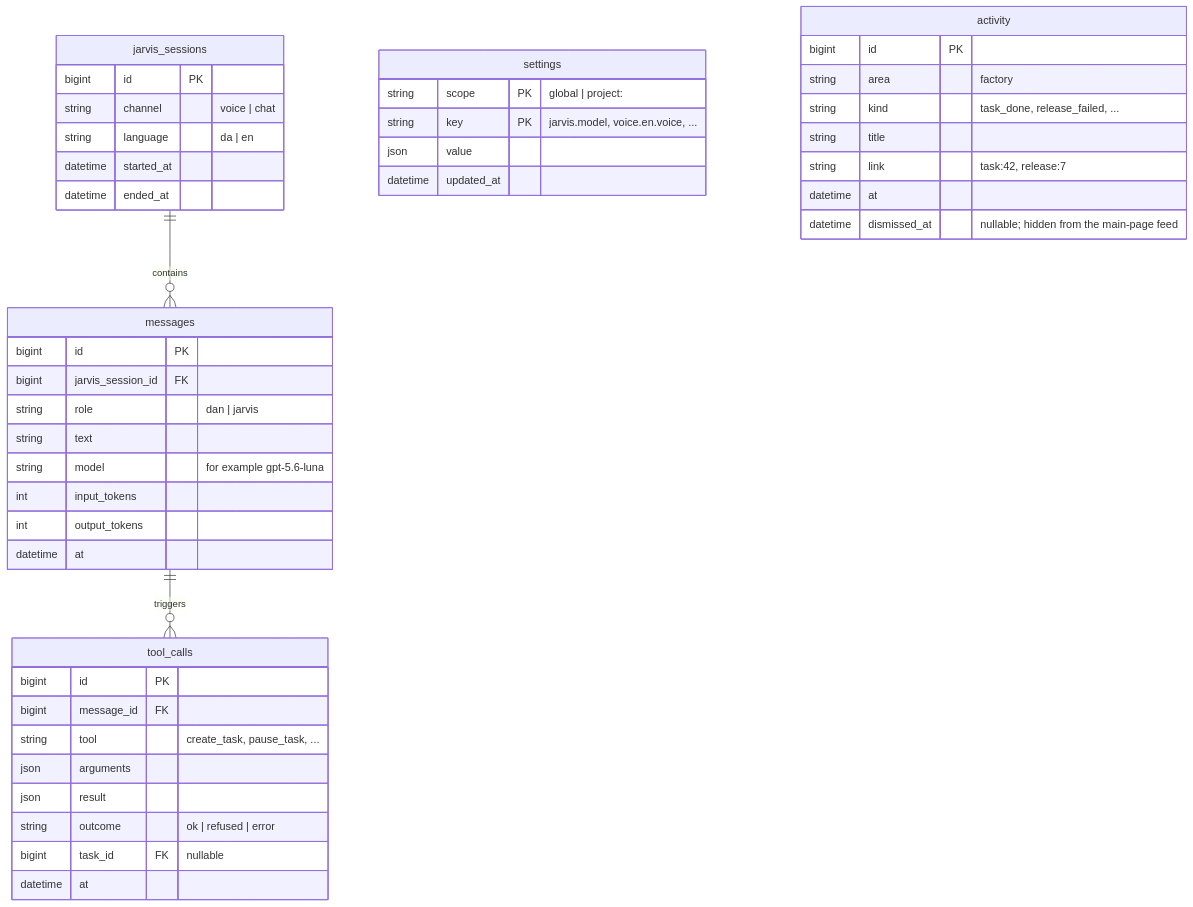
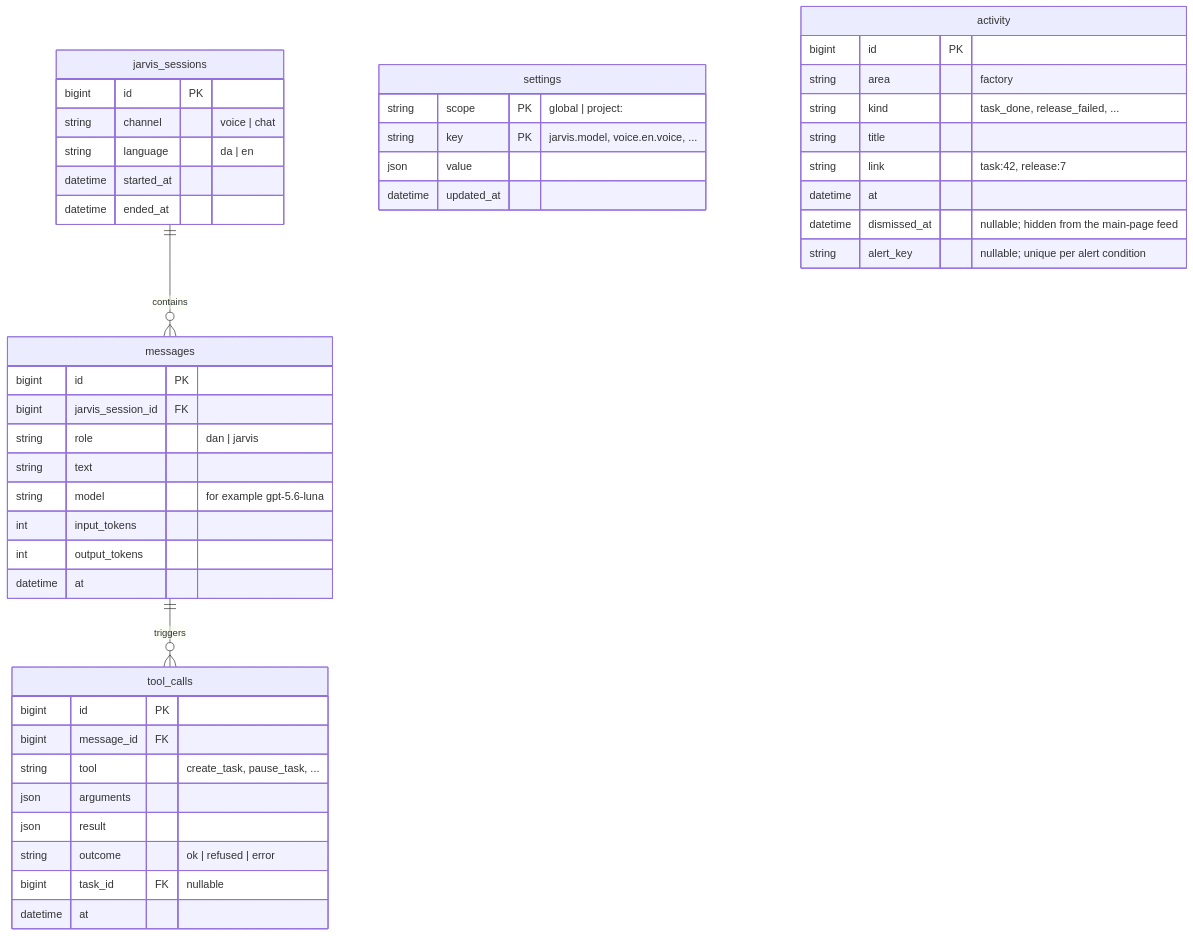
Before and after one commit to DanAakesen/jarvis: the second of 8 diagrams in docs/data-model.md, drawn with Mermaid. The commit also changed other lines of this file and 35 other files, not shown here.

````diff
--- a/docs/data-model.md
+++ b/docs/data-model.md
@@ -99,47 +102,48 @@
 ```mermaid
 erDiagram
     jarvis_sessions ||--o{ messages : contains
     messages ||--o{ tool_calls : triggers
     jarvis_sessions {
         bigint id PK
         string channel "voice | chat"
         string language "da | en"
         datetime started_at
         datetime ended_at
     }
     messages {
         bigint id PK
         bigint jarvis_session_id FK
         string role "dan | jarvis"
         string text
         string model "for example gpt-5.6-luna"
         int input_tokens
         int output_tokens
         datetime at
     }
     tool_calls {
         bigint id PK
         bigint message_id FK
         string tool "create_task, pause_task, ..."
         json arguments
         json result
         string outcome "ok | refused | error"
         bigint task_id FK "nullable"
         datetime at
     }
     settings {
         string scope PK "global | project:<id>"
         string key PK "jarvis.model, voice.en.voice, ..."
         json value
         datetime updated_at
     }
     activity {
         bigint id PK
         string area "factory"
         string kind "task_done, release_failed, ..."
         string title
         string link "task:42, release:7"
         datetime at
         datetime dismissed_at "nullable; hidden from the main-page feed"
+        string alert_key "nullable; unique per alert condition"
     }
 ```
````
